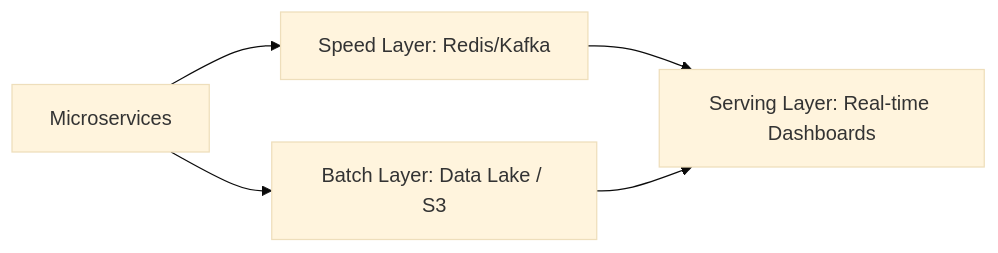
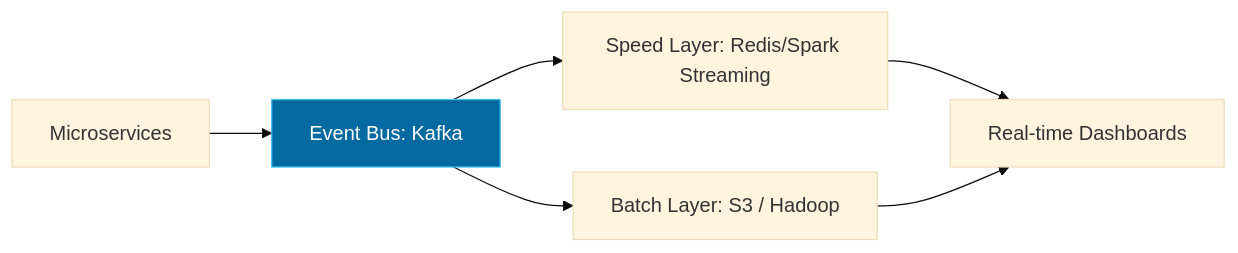
Before and after one commit to HecAguilaV/SIGA: the second of 2 diagrams in docs/technical-room/en/05-PHYSICAL-VIEW.mdx, drawn with Mermaid (base theme). The commit also changed other lines of this file and 11 other files, not shown here.

Commit message:
docs: arquitectura técnica 4+1 bilingüe final - alto contraste y accesibilidad / final 4+1 bilingual technical architecture - high contrast and accessibility

````diff
--- a/docs/technical-room/en/05-PHYSICAL-VIEW.mdx
+++ b/docs/technical-room/en/05-PHYSICAL-VIEW.mdx
@@ -42,8 +46,11 @@
 ```mermaid
 graph LR
-    Source[Microservices] --> Speed[Speed Layer: Redis/Kafka]
-    Source --> Batch[Batch Layer: Data Lake / S3]
+    Source[Microservices] --> Kafka[Event Bus: Kafka]
+    Kafka --> Speed[Speed Layer: Redis/Spark Streaming]
+    Kafka --> Batch[Batch Layer: S3 / Hadoop]
     
-    Speed --> Serving[Serving Layer: Real-time Dashboards]
-    Batch --> Serving
+    Speed --> UI[Real-time Dashboards]
+    Batch --> UI
+
+    style Kafka fill:#0369a1,stroke:#38bdf8,color:#fff
 ```
````
